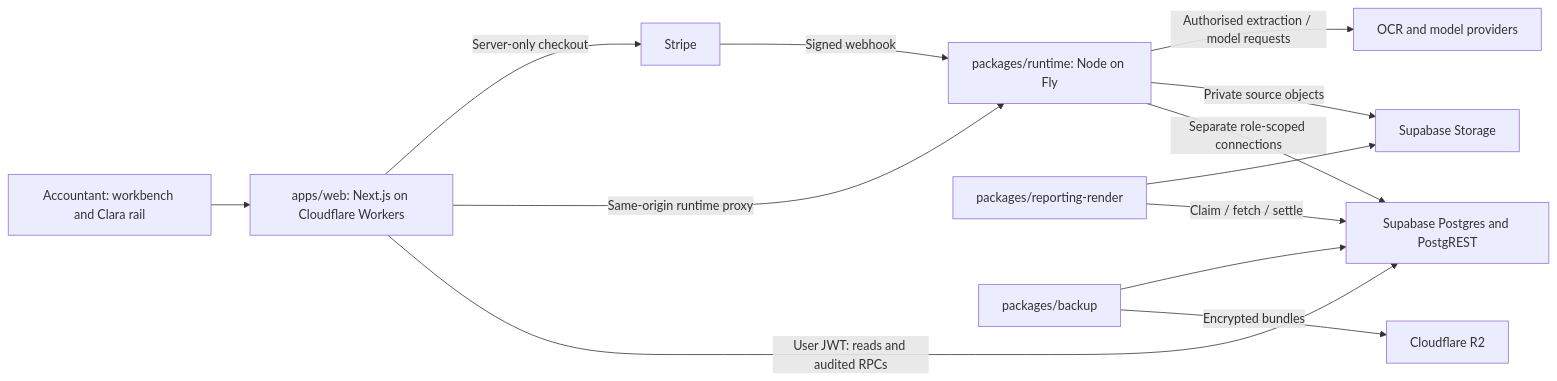
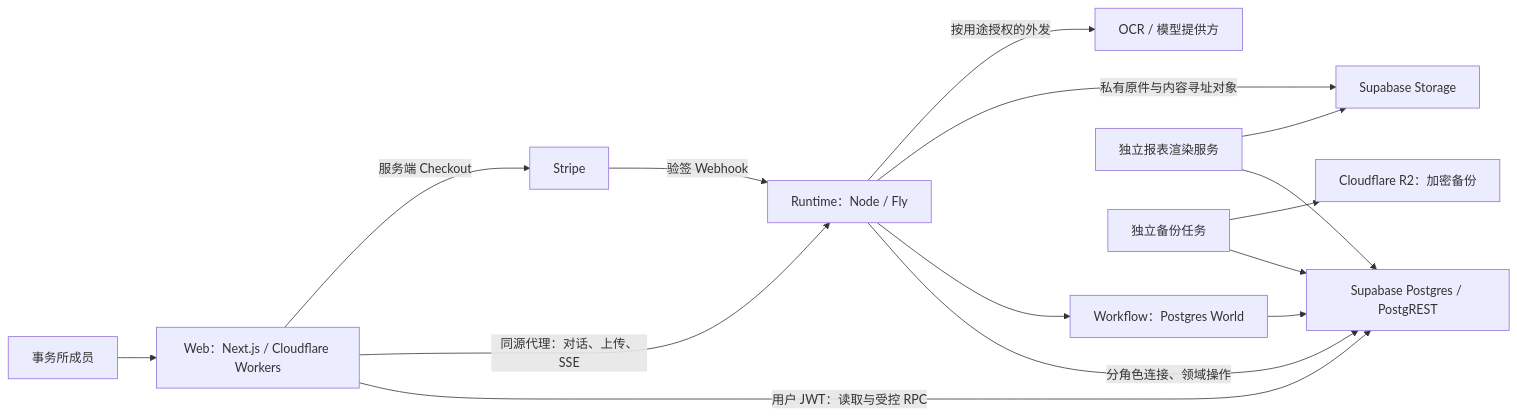
The first of 2 diagrams in docs/ARCHITECTURE.md (BELCORT-SDN-BHD/clara), drawn with Mermaid before and after one commit. The commit also changed other lines of this file and 22 other files, not shown here.

````diff
--- a/docs/ARCHITECTURE.md
+++ b/docs/ARCHITECTURE.md
@@ -13,15 +17,17 @@
 ```mermaid
 flowchart LR
-  Browser[Accountant: workbench and Clara rail] --> Web[apps/web: Next.js on Cloudflare Workers]
-  Web -->|User JWT: reads and audited RPCs| Data[Supabase Postgres and PostgREST]
-  Web -->|Same-origin runtime proxy| Runtime[packages/runtime: Node on Fly]
-  Runtime -->|Separate role-scoped connections| Data
-  Runtime -->|Private source objects| Storage[Supabase Storage]
-  Runtime -->|Authorised extraction / model requests| Providers[OCR and model providers]
-  Renderer[packages/reporting-render] -->|Claim / fetch / settle| Data
+  Person[事务所成员] --> Web[Web：Next.js / Cloudflare Workers]
+  Web -->|用户 JWT：读取与受控 RPC| DB[Supabase Postgres / PostgREST]
+  Web -->|同源代理：对话、上传、SSE| Runtime[Runtime：Node / Fly]
+  Runtime -->|分角色连接、领域操作| DB
+  Runtime --> Engine[Workflow：Postgres World]
+  Engine --> DB
+  Runtime -->|私有原件与内容寻址对象| Storage[Supabase Storage]
+  Runtime -->|按用途授权的外发| Providers[OCR / 模型提供方]
+  Renderer[独立报表渲染服务] --> DB
   Renderer --> Storage
-  Backup[packages/backup] -->|Encrypted bundles| R2[Cloudflare R2]
-  Backup --> Data
-  Stripe[Stripe] -->|Signed webhook| Runtime
-  Web -->|Server-only checkout| Stripe
+  Web -->|服务端 Checkout| Stripe[Stripe]
+  Stripe -->|验签 Webhook| Runtime
+  Backup[独立备份任务] --> DB
+  Backup --> R2[Cloudflare R2：加密备份]
 ```
````
